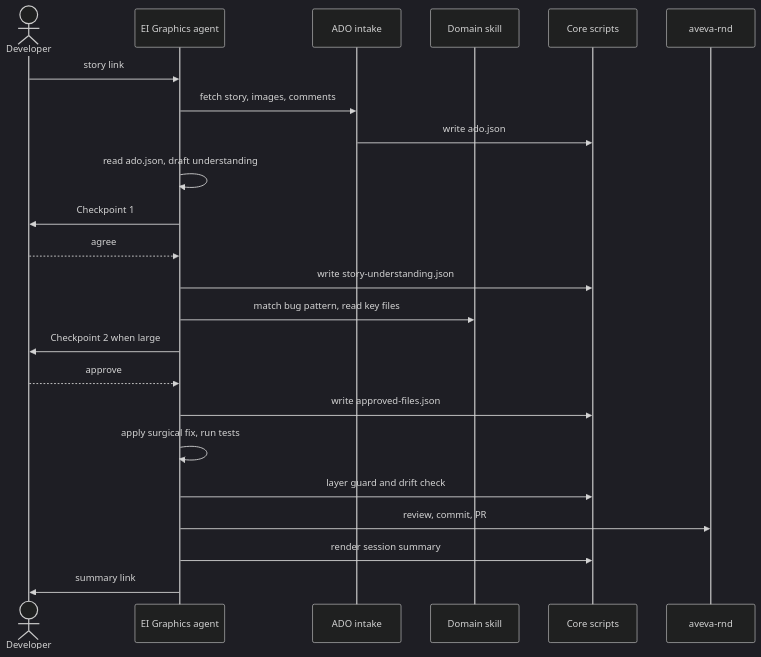
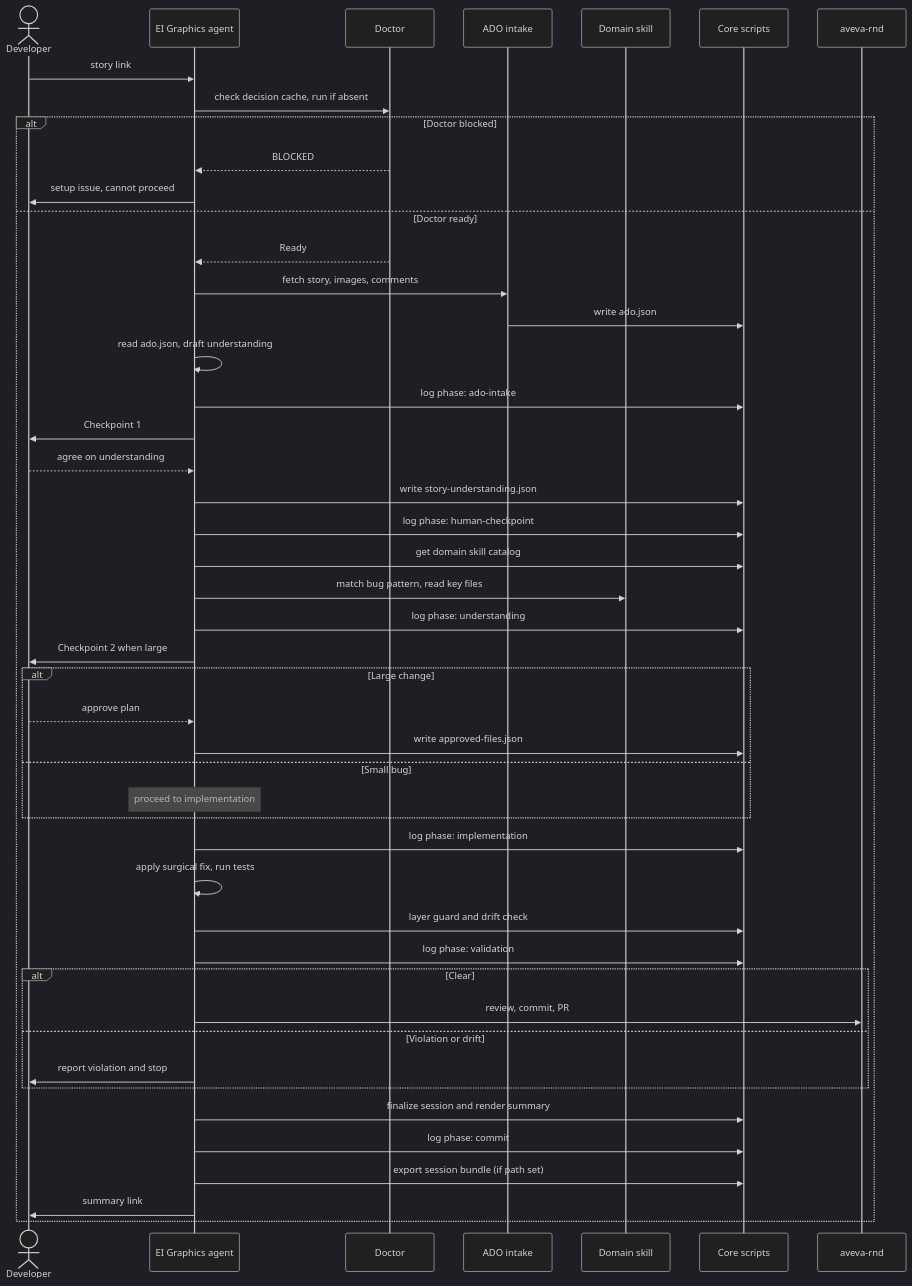
The diagram in docs/presentation/03-run-sequence.mmd (sidbhardwaj-aveva/ei-graphics-plugin), drawn with Mermaid (dark theme) before and after one commit. The commit also changed 4 other files, not shown here.

Commit message:
refactor: update architecture and workflow diagrams for clarity and detail

```diff
--- a/docs/presentation/03-run-sequence.mmd
+++ b/docs/presentation/03-run-sequence.mmd
@@ -1,24 +1,48 @@
 sequenceDiagram
     actor Dev as Developer
     participant Ag as EI Graphics agent
+    participant Dr as Doctor
     participant In as ADO intake
     participant Sk as Domain skill
     participant Sc as Core scripts
     participant Rn as aveva-rnd
 
     Dev->>Ag: story link
-    Ag->>In: fetch story, images, comments
-    In->>Sc: write ado.json
-    Ag->>Ag: read ado.json, draft understanding
-    Ag->>Dev: Checkpoint 1
-    Dev-->>Ag: agree
-    Ag->>Sc: write story-understanding.json
-    Ag->>Sk: match bug pattern, read key files
-    Ag->>Dev: Checkpoint 2 when large
-    Dev-->>Ag: approve
-    Ag->>Sc: write approved-files.json
-    Ag->>Ag: apply surgical fix, run tests
-    Ag->>Sc: layer guard and drift check
-    Ag->>Rn: review, commit, PR
-    Ag->>Sc: render session summary
-    Ag->>Dev: summary link
+    Ag->>Dr: check decision cache, run if absent
+    alt Doctor blocked
+        Dr-->>Ag: BLOCKED
+        Ag->>Dev: setup issue, cannot proceed
+    else Doctor ready
+        Dr-->>Ag: Ready
+        Ag->>In: fetch story, images, comments
+        In->>Sc: write ado.json
+        Ag->>Ag: read ado.json, draft understanding
+        Ag->>Sc: log phase: ado-intake
+        Ag->>Dev: Checkpoint 1
+        Dev-->>Ag: agree on understanding
+        Ag->>Sc: write story-understanding.json
+        Ag->>Sc: log phase: human-checkpoint
+        Ag->>Sc: get domain skill catalog
+        Ag->>Sk: match bug pattern, read key files
+        Ag->>Sc: log phase: understanding
+        Ag->>Dev: Checkpoint 2 when large
+        alt Large change
+            Dev-->>Ag: approve plan
+            Ag->>Sc: write approved-files.json
+        else Small bug
+            note over Ag: proceed to implementation
+        end
+        Ag->>Sc: log phase: implementation
+        Ag->>Ag: apply surgical fix, run tests
+        Ag->>Sc: layer guard and drift check
+        Ag->>Sc: log phase: validation
+        alt Clear
+            Ag->>Rn: review, commit, PR
+        else Violation or drift
+            Ag->>Dev: report violation and stop
+        end
+        Ag->>Sc: finalize session and render summary
+        Ag->>Sc: log phase: commit
+        Ag->>Sc: export session bundle (if path set)
+        Ag->>Dev: summary link
+    end
```
